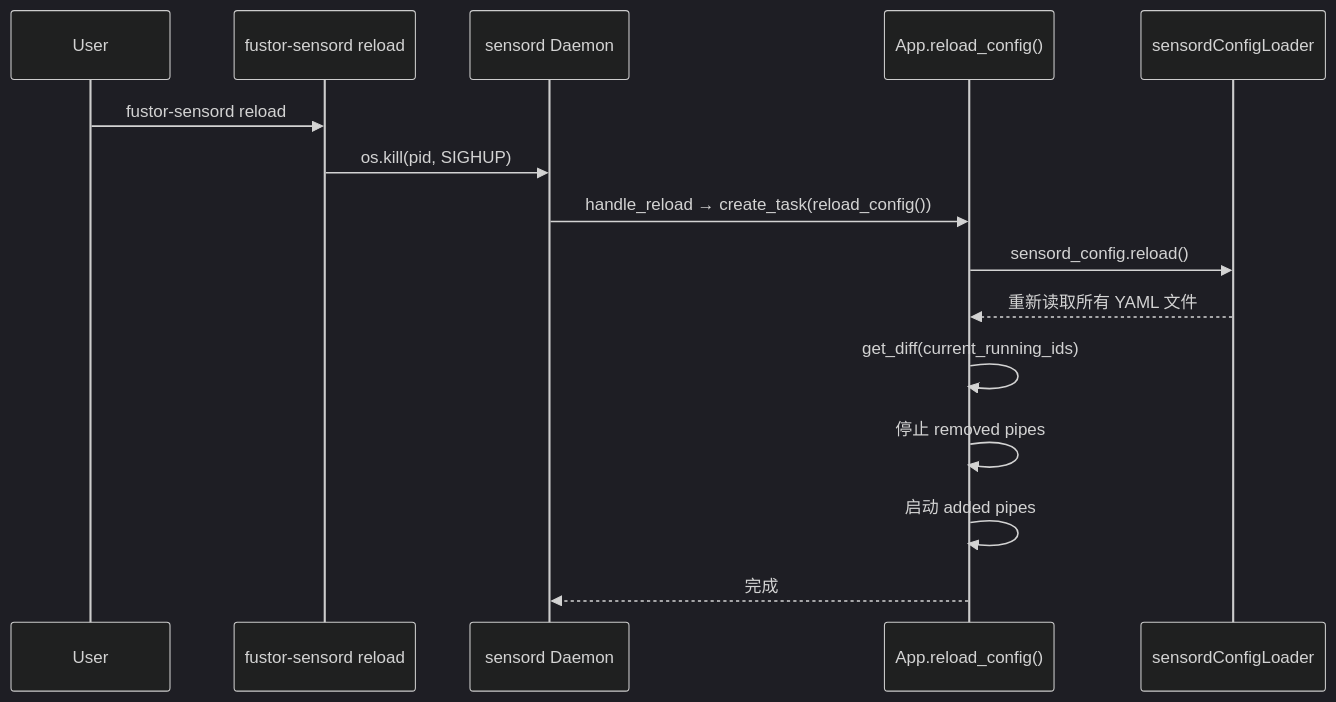
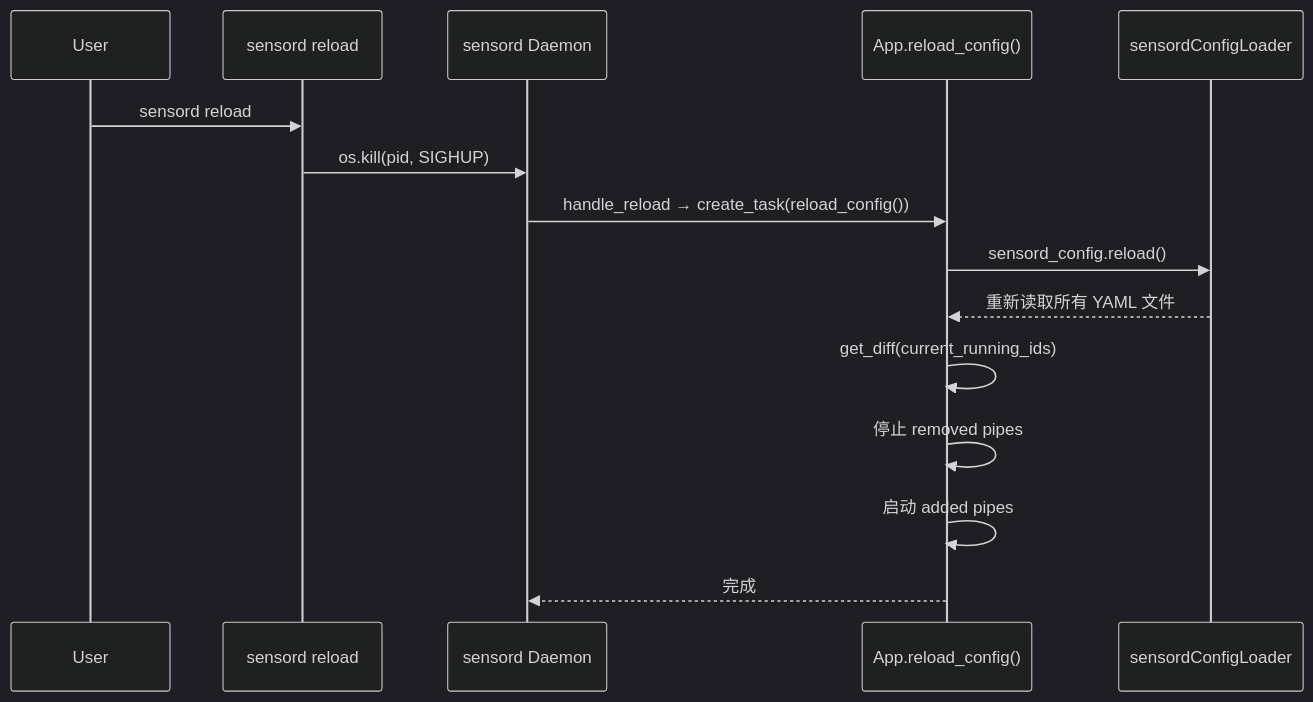
One commit to excelwang/fustor-data-platform changed the first of 2 diagrams in specs/L3-RUNTIME/HOT_RELOAD.md. Above: the diagram before and after it, drawn with Mermaid (dark theme). The commit also changed other lines of this file and 345 other files, not shown here.

````diff
--- a/specs/L3-RUNTIME/HOT_RELOAD.md
+++ b/specs/L3-RUNTIME/HOT_RELOAD.md
@@ -49,18 +49,18 @@
 ```mermaid
 sequenceDiagram
     participant User
-    participant CLI as fustor-sensord reload
+    participant CLI as sensord reload
     participant Daemon as sensord Daemon
     participant App as App.reload_config()
     participant Config as sensordConfigLoader
 
-    User->>CLI: fustor-sensord reload
+    User->>CLI: sensord reload
     CLI->>Daemon: os.kill(pid, SIGHUP)
     Daemon->>App: handle_reload → create_task(reload_config())
     App->>Config: sensord_config.reload()
     Config-->>App: 重新读取所有 YAML 文件
     App->>App: get_diff(current_running_ids)
     App->>App: 停止 removed pipes
     App->>App: 启动 added pipes
     App-->>Daemon: 完成
 ```
````
